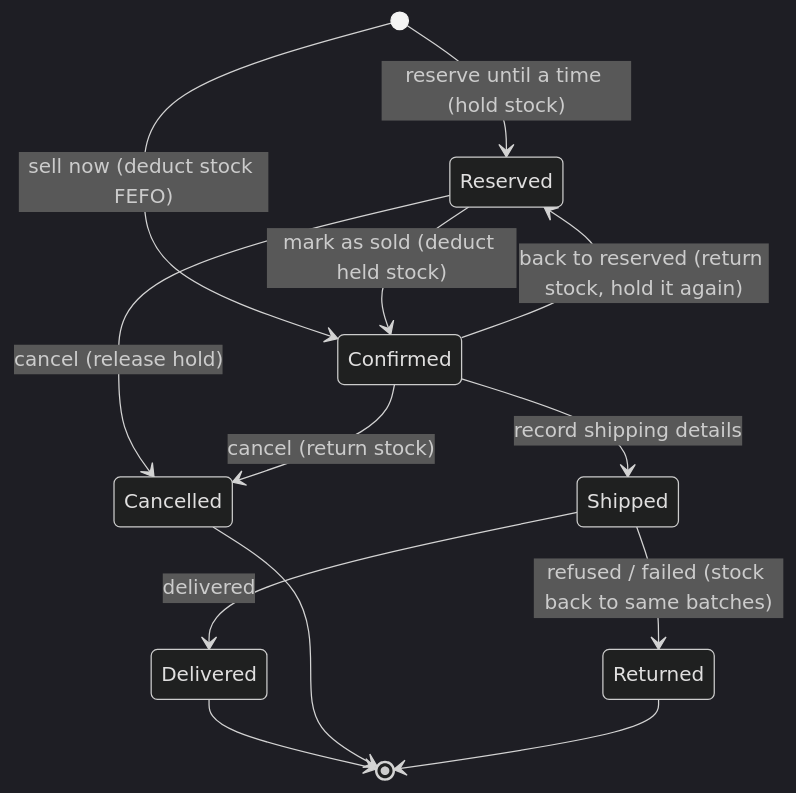
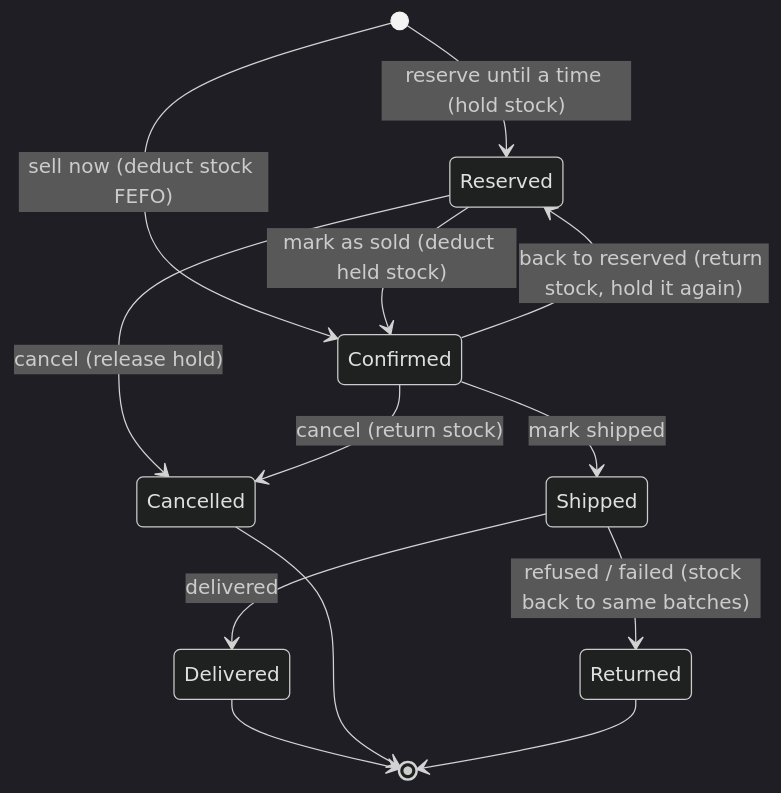
Before and after one commit to razanhasbini/alara-erp: the first of 2 diagrams in docs/architecture.md, drawn with Mermaid (dark theme). The commit also changed other lines of this file and 47 other files, not shown here.

````diff
--- a/docs/architecture.md
+++ b/docs/architecture.md
@@ -149,15 +149,15 @@
 ```mermaid
 stateDiagram-v2
     [*] --> Reserved: reserve until a time (hold stock)
     [*] --> Confirmed: sell now (deduct stock FEFO)
     Reserved --> Confirmed: mark as sold (deduct held stock)
     Reserved --> Cancelled: cancel (release hold)
     Confirmed --> Reserved: back to reserved (return stock, hold it again)
-    Confirmed --> Shipped: record shipping details
+    Confirmed --> Shipped: mark shipped
     Confirmed --> Cancelled: cancel (return stock)
     Shipped --> Delivered: delivered
     Shipped --> Returned: refused / failed (stock back to same batches)
     Delivered --> [*]
     Cancelled --> [*]
     Returned --> [*]
 ```
````
